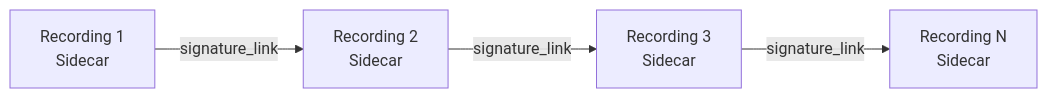
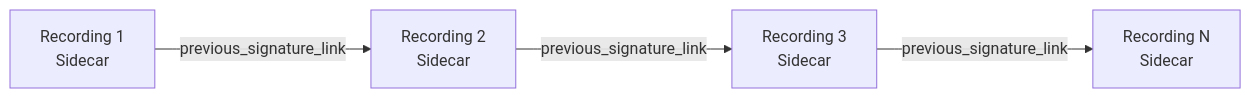
The second of 4 diagrams in README.md (MnemOnicE/vtr-standard), drawn with Mermaid before and after one commit.

````diff
--- a/README.md
+++ b/README.md
@@ -46,6 +46,6 @@
 ```mermaid
 graph LR
-    A[Recording 1<br/>Sidecar] -->|signature_link| B[Recording 2<br/>Sidecar]
-    B -->|signature_link| C[Recording 3<br/>Sidecar]
-    C -->|signature_link| D[Recording N<br/>Sidecar]
+    A[Recording 1<br/>Sidecar] -->|previous_signature_link| B[Recording 2<br/>Sidecar]
+    B -->|previous_signature_link| C[Recording 3<br/>Sidecar]
+    C -->|previous_signature_link| D[Recording N<br/>Sidecar]
 ```
````
